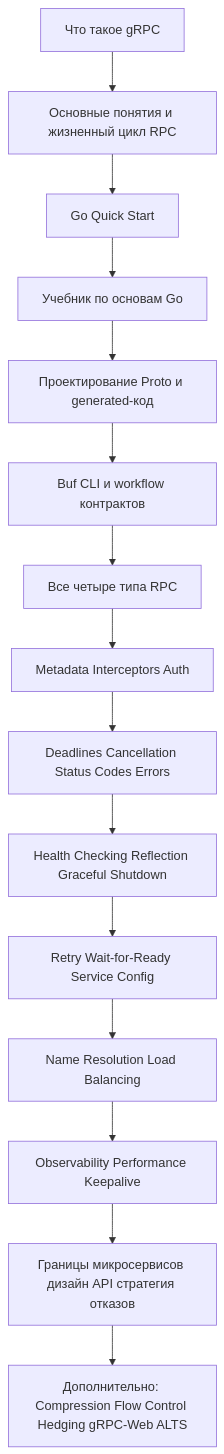
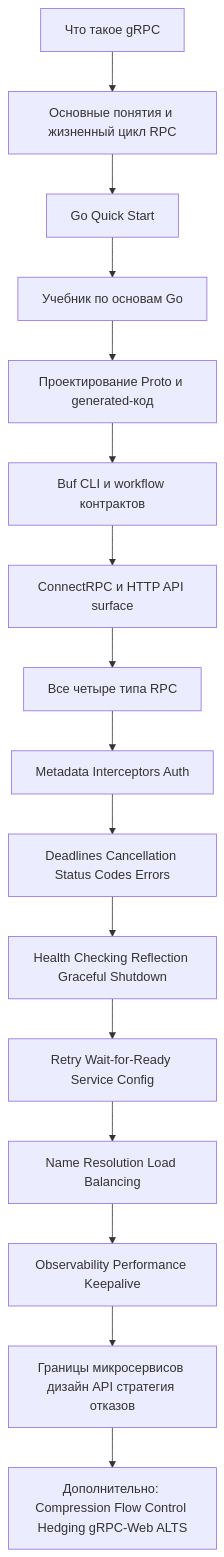
The diagram in docs/learning/grpc-microservices-roadmap.ru.md (LeeDark/go-microservices-starter), drawn with Mermaid before and after one commit. The commit also changed other lines of this file and 4 other files, not shown here.

````diff
--- a/docs/learning/grpc-microservices-roadmap.ru.md
+++ b/docs/learning/grpc-microservices-roadmap.ru.md
@@ -14,17 +14,18 @@
 ```mermaid
 flowchart TD
     A[Что такое gRPC] --> B[Основные понятия и жизненный цикл RPC]
     B --> C[Go Quick Start]
     C --> D[Учебник по основам Go]
     D --> E[Проектирование Proto и generated-код]
     E --> E2[Buf CLI и workflow контрактов]
-    E2 --> F[Все четыре типа RPC]
+    E2 --> E3[ConnectRPC и HTTP API surface]
+    E3 --> F[Все четыре типа RPC]
     F --> G[Metadata Interceptors Auth]
     G --> H[Deadlines Cancellation Status Codes Errors]
     H --> I[Health Checking Reflection Graceful Shutdown]
     I --> J[Retry Wait-for-Ready Service Config]
     J --> K[Name Resolution Load Balancing]
     K --> L[Observability Performance Keepalive]
     L --> M[Границы микросервисов дизайн API стратегия отказов]
     M --> N[Дополнительно: Compression Flow Control Hedging gRPC-Web ALTS]
 ```
````
